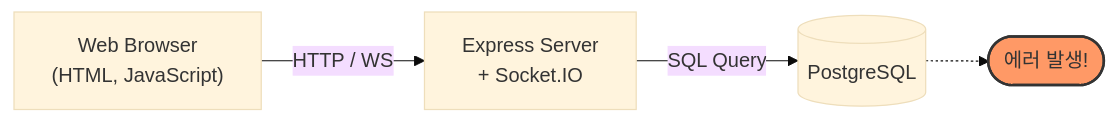
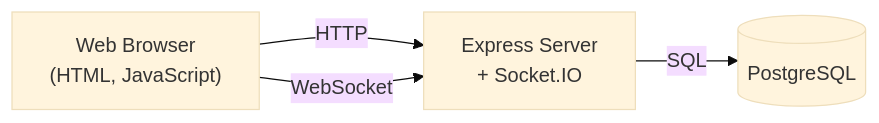
Before and after one commit to sngmng6506/Chatting-Program: the diagram in README.md, drawn with Mermaid (base theme).

````diff
--- a/README.md
+++ b/README.md
@@ -14,12 +14,10 @@
 ```mermaid
 graph LR
     Browser["Web Browser\n(HTML, JavaScript)"]
     Server["Express Server\n+ Socket.IO"]
     DB[(PostgreSQL)]
-    Error([에러 발생!])
 
-    Browser -- "HTTP / WS" --> Server
-    Server -- "SQL Query" --> DB
-    DB -.-> Error
-    style Error fill:#f96,stroke:#333,stroke-width:2px
+    Browser -- HTTP --> Server
+    Browser -- WebSocket --> Server
+    Server -- SQL --> DB
 ```
````
